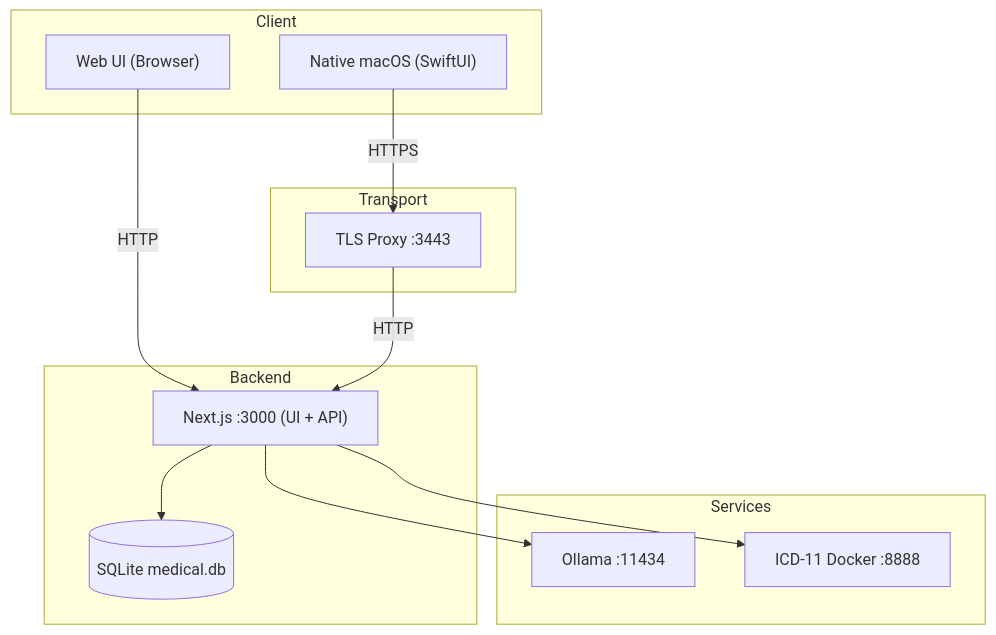
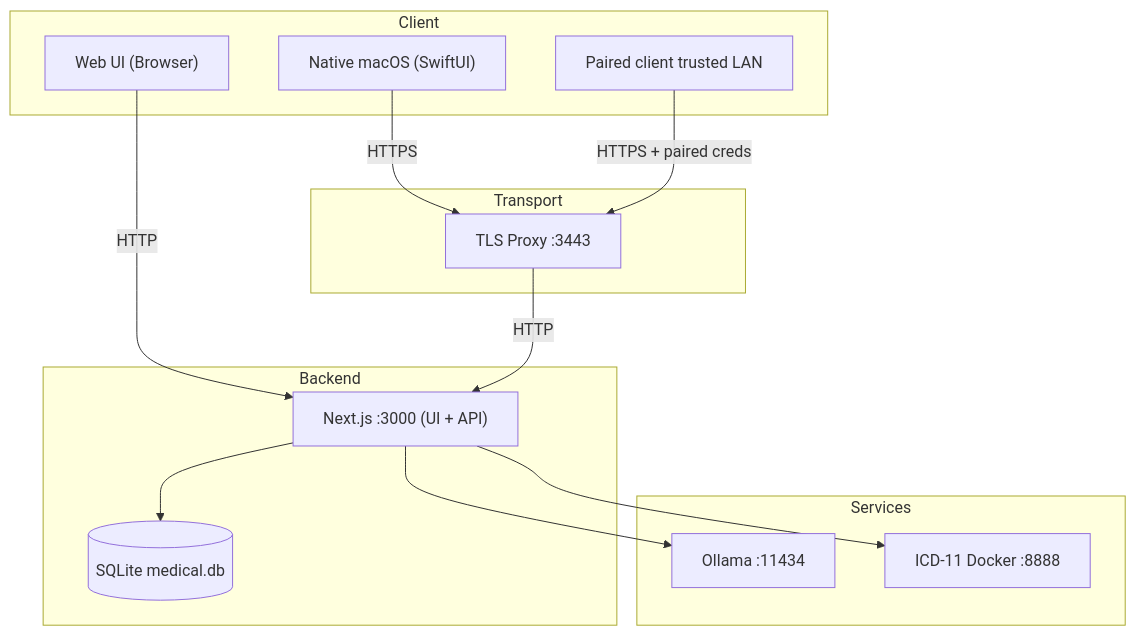
One commit to Wulfgardr/mediflow changed the diagram in ARCHITECTURE.md. Above: the diagram before and after it, drawn with Mermaid. The commit also changed other lines of this file and 12 other files, not shown here.

````diff
--- a/ARCHITECTURE.md
+++ b/ARCHITECTURE.md
@@ -91,28 +106,30 @@
 ```mermaid
 flowchart TB
   subgraph "Client"
     Web["Web UI (Browser)"]
     Mac["Native macOS (SwiftUI)"]
+    Peer["Paired client trusted LAN"]
   end
 
   subgraph "Transport"
     TLS["TLS Proxy :3443"]
   end
 
   subgraph "Backend"
     Next["Next.js :3000 (UI + API)"]
     DB[("SQLite medical.db")]
   end
 
   subgraph "Services"
     Ollama["Ollama :11434"]
     ICD["ICD-11 Docker :8888"]
   end
 
   Web -->|HTTP| Next
   Mac -->|HTTPS| TLS -->|HTTP| Next
+  Peer -->|HTTPS + paired creds| TLS
 
   Next --> DB
   Next --> Ollama
   Next --> ICD
 ```
````
